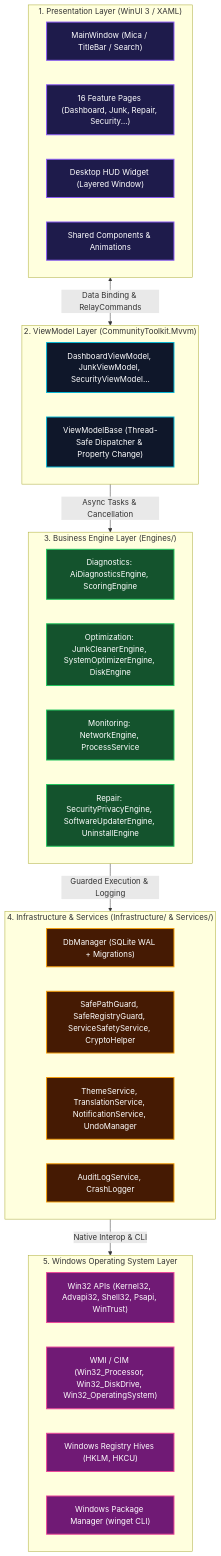
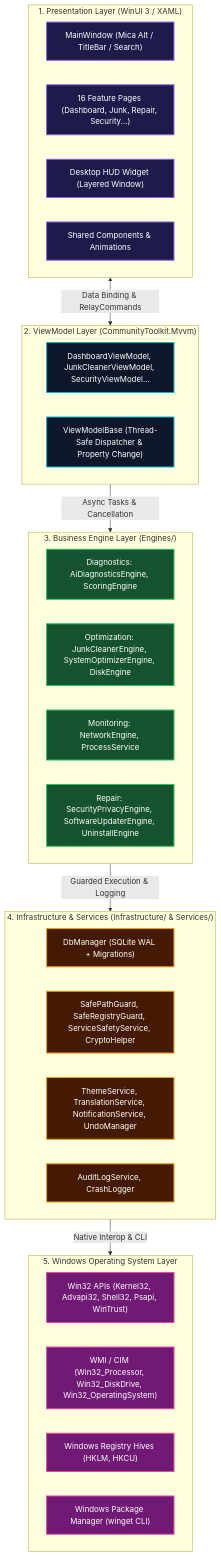
Before and after one commit to Nguyen-Trung-Tien/WinCarePro: the diagram in docs/01_SYSTEM_ARCHITECTURE.md, drawn with Mermaid. The commit also changed other lines of this file and 39 other files, not shown here.

Commit message:
docs: add comprehensive system documentation, architecture guides, developer onboarding, and AI agent rule/skill sets

````diff
--- a/docs/01_SYSTEM_ARCHITECTURE.md
+++ b/docs/01_SYSTEM_ARCHITECTURE.md
@@ -23,46 +23,46 @@
 ```mermaid
 graph TD
     classDef ui fill:#1e1b4b,stroke:#8b5cf6,stroke-width:2px,color:#fff;
     classDef vm fill:#0f172a,stroke:#06b6d4,stroke-width:2px,color:#fff;
     classDef engine fill:#14532d,stroke:#22c55e,stroke-width:2px,color:#fff;
     classDef infra fill:#451a03,stroke:#f59e0b,stroke-width:2px,color:#fff;
     classDef os fill:#701a75,stroke:#ec4899,stroke-width:2px,color:#fff;
 
     subgraph UI_Layer ["1. Presentation Layer (WinUI 3 / XAML)"]
-        MainWindow["MainWindow (Mica / TitleBar / Search)"]:::ui
+        MainWindow["MainWindow (Mica Alt / TitleBar / Search)"]:::ui
         Pages["16 Feature Pages (Dashboard, Junk, Repair, Security...)"]:::ui
         HUD["Desktop HUD Widget (Layered Window)"]:::ui
         Components["Shared Components & Animations"]:::ui
     end
 
     subgraph VM_Layer ["2. ViewModel Layer (CommunityToolkit.Mvvm)"]
-        VMs["DashboardViewModel, JunkViewModel, SecurityViewModel..."]:::vm
+        VMs["DashboardViewModel, JunkCleanerViewModel, SecurityViewModel..."]:::vm
         VMBase["ViewModelBase (Thread-Safe Dispatcher & Property Change)"]:::vm
     end
 
     subgraph Engine_Layer ["3. Business Engine Layer (Engines/)"]
         DiagEngines["Diagnostics: AiDiagnosticsEngine, ScoringEngine"]:::engine
         OptEngines["Optimization: JunkCleanerEngine, SystemOptimizerEngine, DiskEngine"]:::engine
         MonEngines["Monitoring: NetworkEngine, ProcessService"]:::engine
         RepairEngines["Repair: SecurityPrivacyEngine, SoftwareUpdaterEngine, UninstallEngine"]:::engine
     end
 
     subgraph Infra_Layer ["4. Infrastructure & Services (Infrastructure/ & Services/)"]
         DbLayer["DbManager (SQLite WAL + Migrations)"]:::infra
         SecLayer["SafePathGuard, SafeRegistryGuard, ServiceSafetyService, CryptoHelper"]:::infra
         Svcs["ThemeService, TranslationService, NotificationService, UndoManager"]:::infra
         LogLayer["AuditLogService, CrashLogger"]:::infra
     end
 
     subgraph OS_Layer ["5. Windows Operating System Layer"]
         Win32["Win32 APIs (Kernel32, Advapi32, Shell32, Psapi, WinTrust)"]:::os
         WMI["WMI / CIM (Win32_Processor, Win32_DiskDrive, Win32_OperatingSystem)"]:::os
         Reg["Windows Registry Hives (HKLM, HKCU)"]:::os
         Winget["Windows Package Manager (winget CLI)"]:::os
     end
 
     UI_Layer <--> |Data Binding & RelayCommands| VM_Layer
     VM_Layer --> |Async Tasks & Cancellation| Engine_Layer
     Engine_Layer --> |Guarded Execution & Logging| Infra_Layer
     Infra_Layer --> |Native Interop & CLI| OS_Layer
 ```
````
